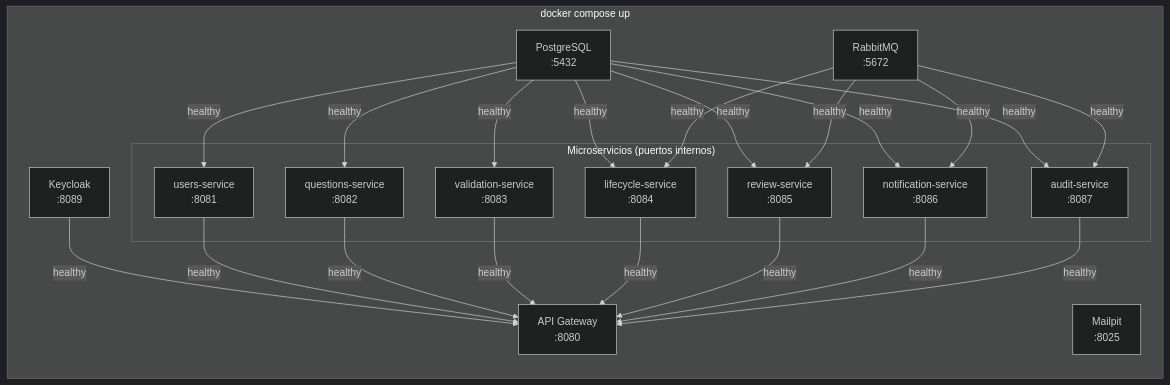
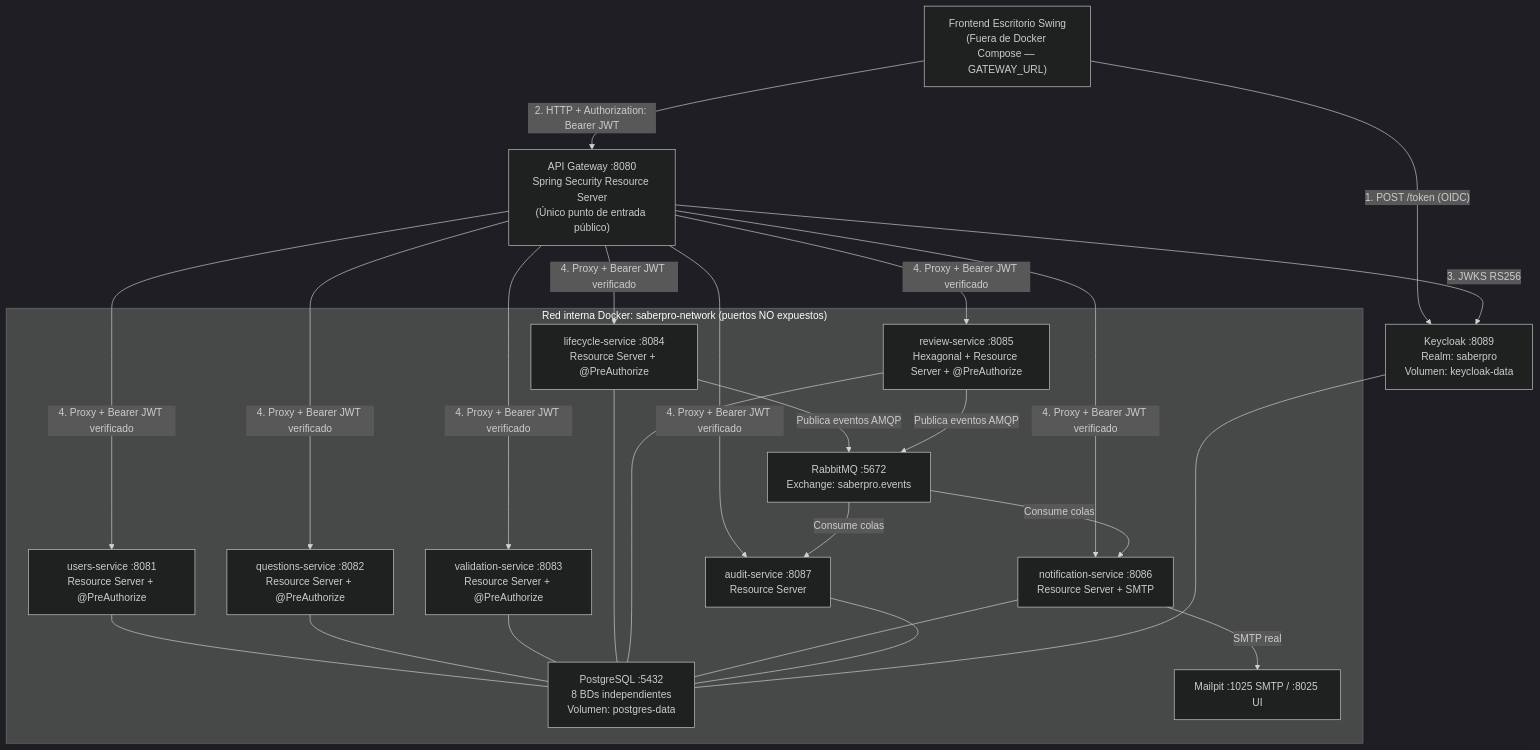
Before and after one commit to cristiang00/banco_preguntas_sf2: the third of 4 diagrams in docs/arquitectura-sprint3.md, drawn with Mermaid (dark theme). The commit also changed other lines of this file and 107 other files, not shown here.

````diff
--- a/docs/arquitectura-sprint3.md
+++ b/docs/arquitectura-sprint3.md
@@ -290,26 +144,28 @@
 ```mermaid
-flowchart LR
-    subgraph compose["docker compose up"]
-        pg["PostgreSQL\n:5432"]
-        kc["Keycloak\n:8089"]
-        rmq["RabbitMQ\n:5672"]
-        mpit["Mailpit\n:8025"]
+flowchart TD
+    fe["Frontend Escritorio Swing\n(Fuera de Docker Compose — GATEWAY_URL)"]
+    kc["Keycloak :8089\nRealm: saberpro\nVolumen: keycloak-data"]
+    gw["API Gateway :8080\nSpring Security Resource Server\n(Único punto de entrada público)"]
 
-        subgraph svc["Microservicios (puertos internos)"]
-            us["users-service\n:8081"]
-            qs["questions-service\n:8082"]
-            vs["validation-service\n:8083"]
-            ls["lifecycle-service\n:8084"]
-            rs["review-service\n:8085"]
-            ns["notification-service\n:8086"]
-            as["audit-service\n:8087"]
-        end
-
-        gw["API Gateway\n:8080"]
+    subgraph internal["Red interna Docker: saberpro-network (puertos NO expuestos)"]
+        us["users-service :8081\nResource Server + @PreAuthorize"]
+        qs["questions-service :8082\nResource Server + @PreAuthorize"]
+        vs["validation-service :8083\nResource Server + @PreAuthorize"]
+        ls["lifecycle-service :8084\nResource Server + @PreAuthorize"]
+        rs["review-service :8085\nHexagonal + Resource Server + @PreAuthorize"]
+        ns["notification-service :8086\nResource Server + SMTP"]
+        as["audit-service :8087\nResource Server"]
+        rmq["RabbitMQ :5672\nExchange: saberpro.events"]
+        pg["PostgreSQL :5432\n8 BDs independientes\nVolumen: postgres-data"]
+        mp["Mailpit :1025 SMTP / :8025 UI"]
     end
 
-    pg -->|"healthy"| us & qs & vs & ls & rs & ns & as
-    kc -->|"healthy"| gw
-    rmq -->|"healthy"| rs & ls & ns & as
-    us & qs & vs & ls & rs & ns & as -->|"healthy"| gw
+    fe -->|"1. POST /token (OIDC)"| kc
+    fe -->|"2. HTTP + Authorization: Bearer JWT"| gw
+    gw -->|"3. JWKS RS256"| kc
+    gw -->|"4. Proxy + Bearer JWT verificado"| us & qs & vs & ls & rs & ns & as
+    ls & rs -->|"Publica eventos AMQP"| rmq
+    rmq -->|"Consume colas"| ns & as
+    ns -->|"SMTP real"| mp
+    us & qs & vs & ls & rs & ns & as & kc --- pg
 ```
````
